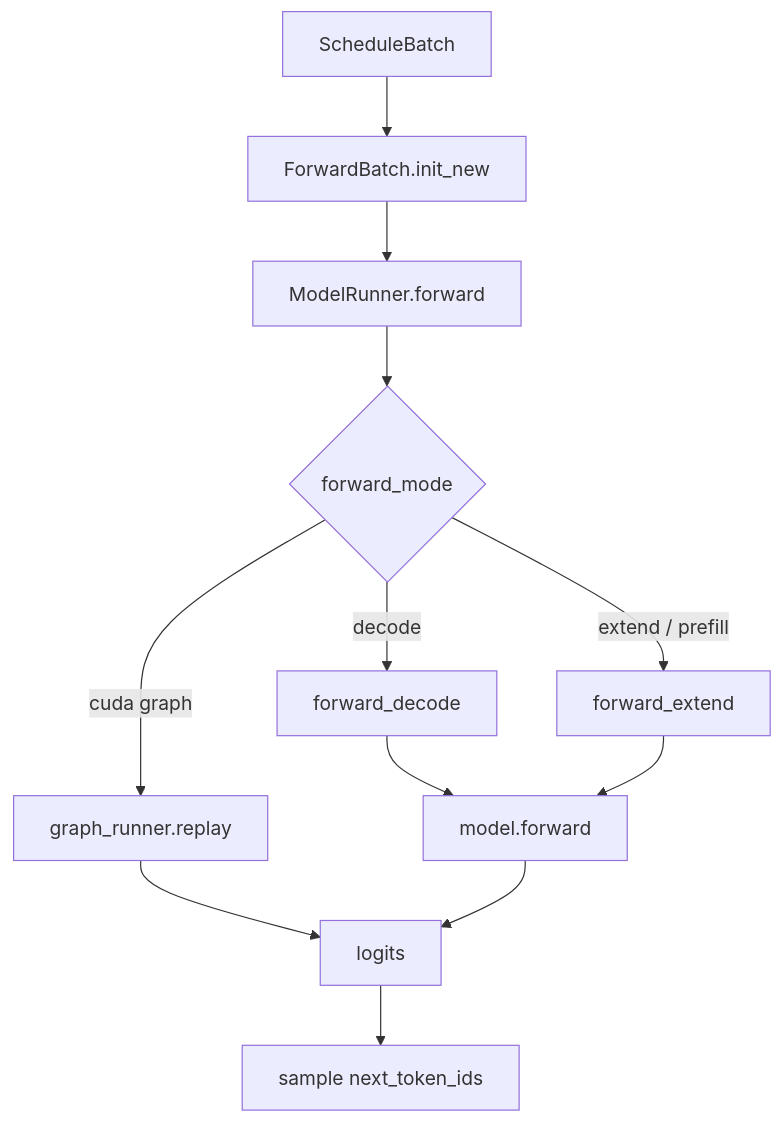
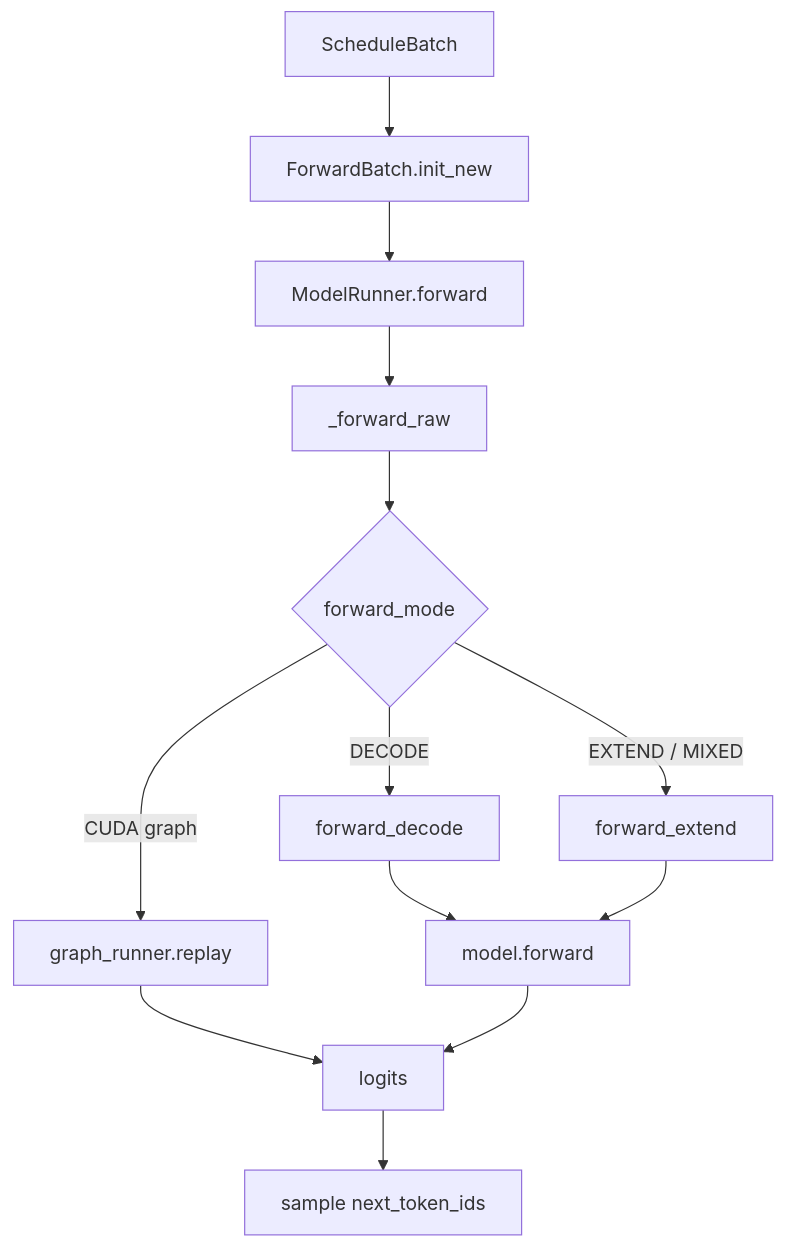
Before and after one commit to cl-vv-h/SGLang_Tutor: the fifth of 6 diagrams in learning/sglang-source-reading/01-request-lifecycle.md, drawn with Mermaid. The commit also changed other lines of this file and 4 other files, not shown here.

````diff
--- a/learning/sglang-source-reading/01-request-lifecycle.md
+++ b/learning/sglang-source-reading/01-request-lifecycle.md
@@ -242,14 +149,15 @@
 ```mermaid
 flowchart TD
   A["ScheduleBatch"] --> B["ForwardBatch.init_new"]
   B --> C["ModelRunner.forward"]
-  C --> D{"forward_mode"}
-  D -->|"decode"| E["forward_decode"]
-  D -->|"extend / prefill"| F["forward_extend"]
-  D -->|"cuda graph"| G["graph_runner.replay"]
-  E --> H["model.forward"]
-  F --> H
-  G --> I["logits"]
-  H --> I
-  I --> J["sample next_token_ids"]
+  C --> D["_forward_raw"]
+  D --> E{"forward_mode"}
+  E -->|"DECODE"| F["forward_decode"]
+  E -->|"EXTEND / MIXED"| G["forward_extend"]
+  E -->|"CUDA graph"| H["graph_runner.replay"]
+  F --> I["model.forward"]
+  G --> I
+  H --> J["logits"]
+  I --> J
+  J --> K["sample next_token_ids"]
 ```
````
